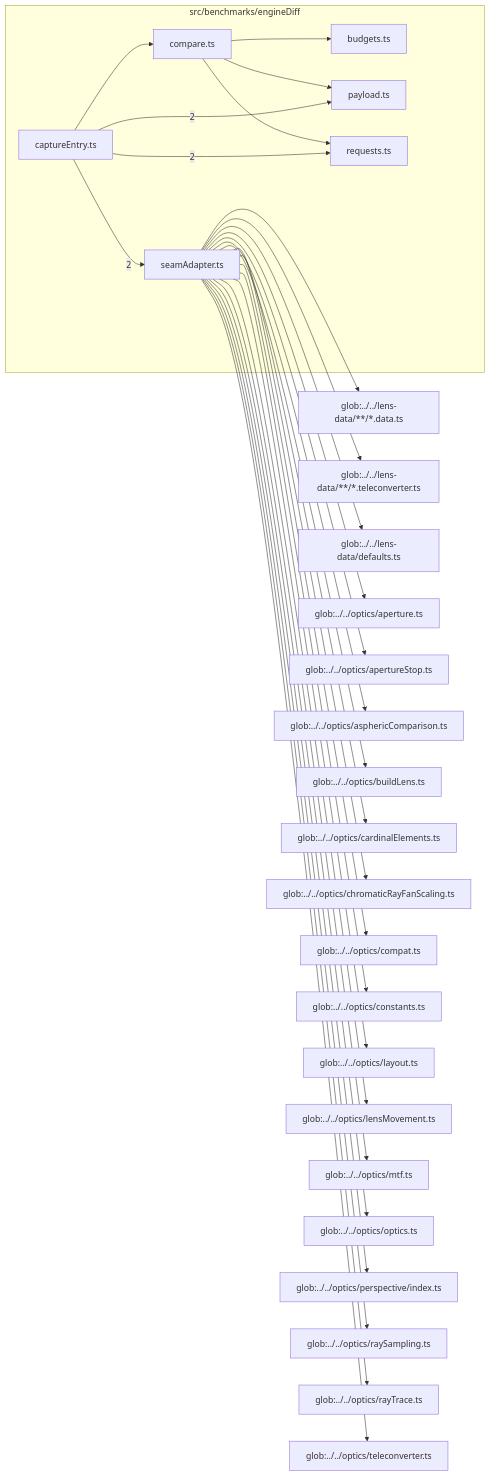
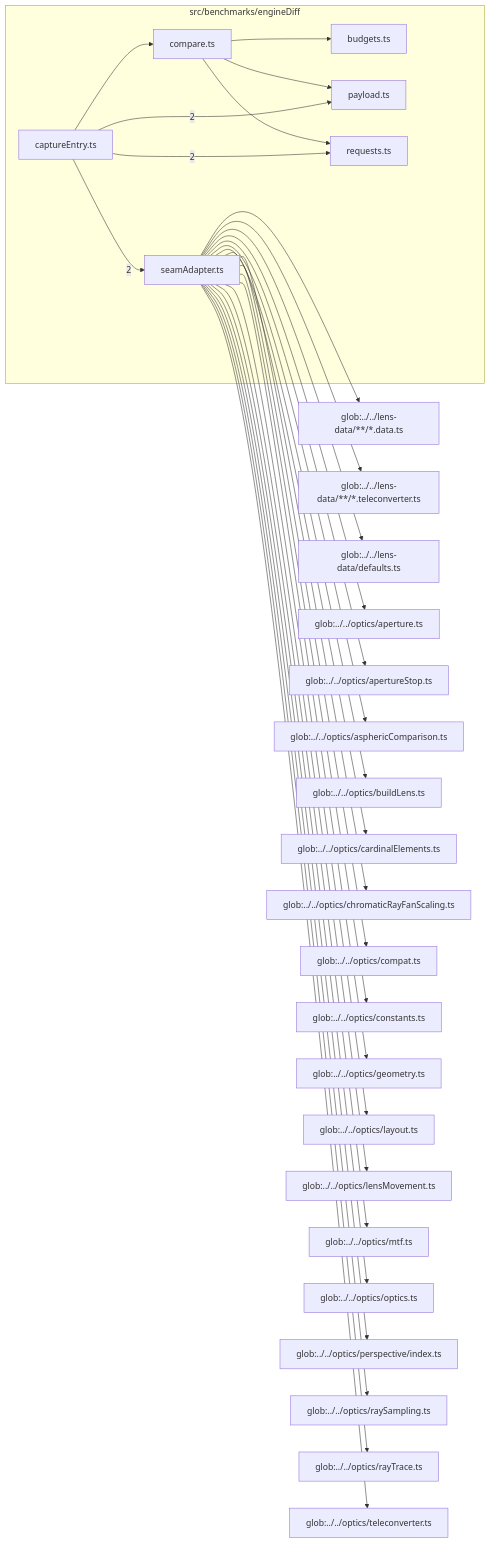
One commit to BeamFour/LensVisualizer changed the diagram in src/benchmarks/engineDiff/readme.md. Above: the diagram before and after it, drawn with Mermaid. The commit also changed other lines of this file and 54 other files, not shown here.

````diff
--- a/src/benchmarks/engineDiff/readme.md
+++ b/src/benchmarks/engineDiff/readme.md
@@ -9,56 +9,58 @@
 ```mermaid
 flowchart LR
   subgraph n_src_benchmarks_engineDiff["src/benchmarks/engineDiff"]
     n_src_benchmarks_engineDiff_src_benchmarks_engineDiff_budgets_ts["budgets.ts"]
     n_src_benchmarks_engineDiff_src_benchmarks_engineDiff_captureEntry_ts["captureEntry.ts"]
     n_src_benchmarks_engineDiff_src_benchmarks_engineDiff_compare_ts["compare.ts"]
     n_src_benchmarks_engineDiff_src_benchmarks_engineDiff_payload_ts["payload.ts"]
     n_src_benchmarks_engineDiff_src_benchmarks_engineDiff_requests_ts["requests.ts"]
     n_src_benchmarks_engineDiff_src_benchmarks_engineDiff_seamAdapter_ts["seamAdapter.ts"]
   end
   n_external_glob_______lens_data______data_ts["glob:../../lens-data/**/*.data.ts"]
   n_external_glob_______lens_data______teleconverter_ts["glob:../../lens-data/**/*.teleconverter.ts"]
   n_external_glob_______lens_data_defaults_ts["glob:../../lens-data/defaults.ts"]
   n_external_glob_______optics_aperture_ts["glob:../../optics/aperture.ts"]
   n_external_glob_______optics_apertureStop_ts["glob:../../optics/apertureStop.ts"]
   n_external_glob_______optics_asphericComparison_ts["glob:../../optics/asphericComparison.ts"]
   n_external_glob_______optics_buildLens_ts["glob:../../optics/buildLens.ts"]
   n_external_glob_______optics_cardinalElements_ts["glob:../../optics/cardinalElements.ts"]
   n_external_glob_______optics_chromaticRayFanScaling_ts["glob:../../optics/chromaticRayFanScaling.ts"]
   n_external_glob_______optics_compat_ts["glob:../../optics/compat.ts"]
   n_external_glob_______optics_constants_ts["glob:../../optics/constants.ts"]
+  n_external_glob_______optics_geometry_ts["glob:../../optics/geometry.ts"]
   n_external_glob_______optics_layout_ts["glob:../../optics/layout.ts"]
   n_external_glob_______optics_lensMovement_ts["glob:../../optics/lensMovement.ts"]
   n_external_glob_______optics_mtf_ts["glob:../../optics/mtf.ts"]
   n_external_glob_______optics_optics_ts["glob:../../optics/optics.ts"]
   n_external_glob_______optics_perspective_index_ts["glob:../../optics/perspective/index.ts"]
   n_external_glob_______optics_raySampling_ts["glob:../../optics/raySampling.ts"]
   n_external_glob_______optics_rayTrace_ts["glob:../../optics/rayTrace.ts"]
   n_external_glob_______optics_teleconverter_ts["glob:../../optics/teleconverter.ts"]
   n_src_benchmarks_engineDiff_src_benchmarks_engineDiff_captureEntry_ts --> |2| n_src_benchmarks_engineDiff_src_benchmarks_engineDiff_payload_ts
   n_src_benchmarks_engineDiff_src_benchmarks_engineDiff_captureEntry_ts --> |2| n_src_benchmarks_engineDiff_src_benchmarks_engineDiff_requests_ts
   n_src_benchmarks_engineDiff_src_benchmarks_engineDiff_captureEntry_ts --> |2| n_src_benchmarks_engineDiff_src_benchmarks_engineDiff_seamAdapter_ts
   n_src_benchmarks_engineDiff_src_benchmarks_engineDiff_seamAdapter_ts --> n_external_glob_______lens_data______data_ts
   n_src_benchmarks_engineDiff_src_benchmarks_engineDiff_seamAdapter_ts --> n_external_glob_______lens_data______teleconverter_ts
   n_src_benchmarks_engineDiff_src_benchmarks_engineDiff_seamAdapter_ts --> n_external_glob_______lens_data_defaults_ts
   n_src_benchmarks_engineDiff_src_benchmarks_engineDiff_seamAdapter_ts --> n_external_glob_______optics_aperture_ts
   n_src_benchmarks_engineDiff_src_benchmarks_engineDiff_seamAdapter_ts --> n_external_glob_______optics_apertureStop_ts
   n_src_benchmarks_engineDiff_src_benchmarks_engineDiff_seamAdapter_ts --> n_external_glob_______optics_asphericComparison_ts
   n_src_benchmarks_engineDiff_src_benchmarks_engineDiff_seamAdapter_ts --> n_external_glob_______optics_buildLens_ts
   n_src_benchmarks_engineDiff_src_benchmarks_engineDiff_seamAdapter_ts --> n_external_glob_______optics_cardinalElements_ts
   n_src_benchmarks_engineDiff_src_benchmarks_engineDiff_seamAdapter_ts --> n_external_glob_______optics_chromaticRayFanScaling_ts
   n_src_benchmarks_engineDiff_src_benchmarks_engineDiff_seamAdapter_ts --> n_external_glob_______optics_compat_ts
   n_src_benchmarks_engineDiff_src_benchmarks_engineDiff_seamAdapter_ts --> n_external_glob_______optics_constants_ts
+  n_src_benchmarks_engineDiff_src_benchmarks_engineDiff_seamAdapter_ts --> n_external_glob_______optics_geometry_ts
   n_src_benchmarks_engineDiff_src_benchmarks_engineDiff_seamAdapter_ts --> n_external_glob_______optics_layout_ts
   n_src_benchmarks_engineDiff_src_benchmarks_engineDiff_seamAdapter_ts --> n_external_glob_______optics_lensMovement_ts
   n_src_benchmarks_engineDiff_src_benchmarks_engineDiff_seamAdapter_ts --> n_external_glob_______optics_mtf_ts
   n_src_benchmarks_engineDiff_src_benchmarks_engineDiff_seamAdapter_ts --> n_external_glob_______optics_optics_ts
   n_src_benchmarks_engineDiff_src_benchmarks_engineDiff_seamAdapter_ts --> n_external_glob_______optics_perspective_index_ts
   n_src_benchmarks_engineDiff_src_benchmarks_engineDiff_seamAdapter_ts --> n_external_glob_______optics_raySampling_ts
   n_src_benchmarks_engineDiff_src_benchmarks_engineDiff_seamAdapter_ts --> n_external_glob_______optics_rayTrace_ts
   n_src_benchmarks_engineDiff_src_benchmarks_engineDiff_seamAdapter_ts --> n_external_glob_______optics_teleconverter_ts
   n_src_benchmarks_engineDiff_src_benchmarks_engineDiff_compare_ts --> n_src_benchmarks_engineDiff_src_benchmarks_engineDiff_budgets_ts
   n_src_benchmarks_engineDiff_src_benchmarks_engineDiff_captureEntry_ts --> n_src_benchmarks_engineDiff_src_benchmarks_engineDiff_compare_ts
   n_src_benchmarks_engineDiff_src_benchmarks_engineDiff_compare_ts --> n_src_benchmarks_engineDiff_src_benchmarks_engineDiff_payload_ts
   n_src_benchmarks_engineDiff_src_benchmarks_engineDiff_compare_ts --> n_src_benchmarks_engineDiff_src_benchmarks_engineDiff_requests_ts
 ```
````
